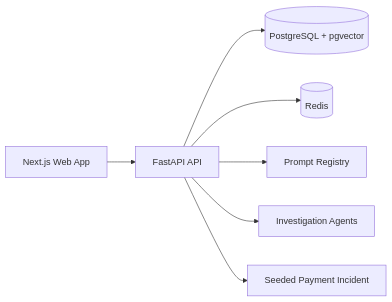
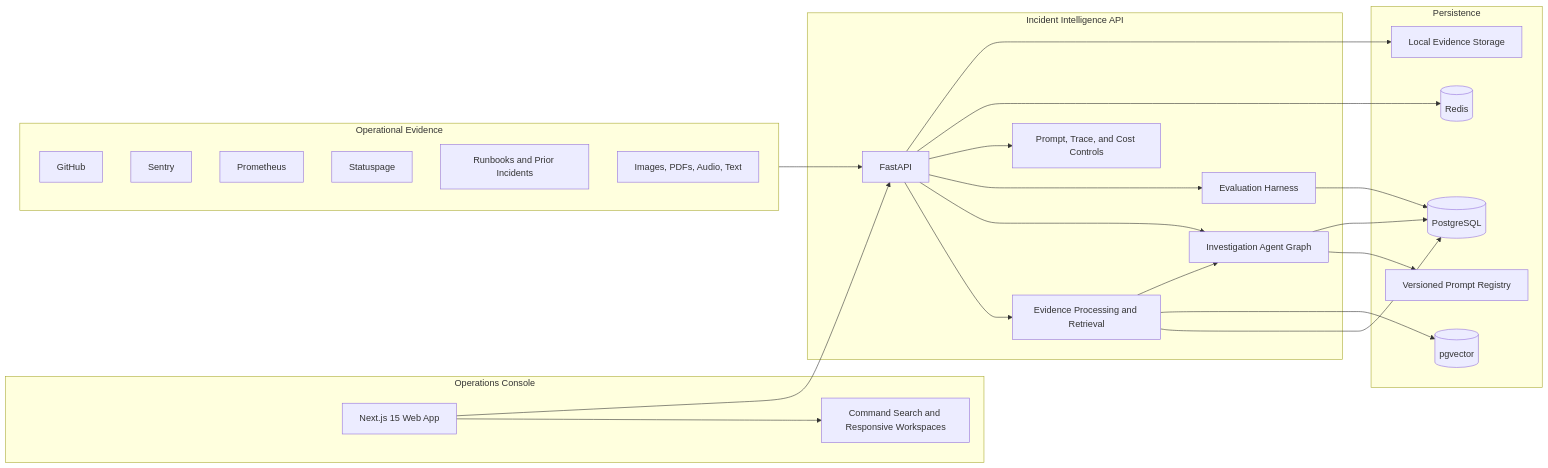
Before and after one commit to InsaneCoder789/IncidentLens: the first of 4 diagrams in README.md, drawn with Mermaid. The commit also changed other lines of this file, not shown here.

First line of the commit message:
docs: restructure README with Phase 7 architecture

````diff
--- a/README.md
+++ b/README.md
@@ -96,9 +36,48 @@
 ```mermaid
 flowchart LR
-  UI["Next.js Web App"] --> API["FastAPI API"]
-  API --> DB[("PostgreSQL + pgvector")]
-  API --> REDIS[("Redis")]
-  API --> PROMPTS["Prompt Registry"]
-  API --> AGENTS["Investigation Agents"]
-  API --> SEED["Seeded Payment Incident"]
+    subgraph Client["Operations Console"]
+        WEB["Next.js 15 Web App"]
+        UX["Command Search and Responsive Workspaces"]
+        WEB --> UX
+    end
+
+    subgraph Service["Incident Intelligence API"]
+        API["FastAPI"]
+        RAG["Evidence Processing and Retrieval"]
+        AGENTS["Investigation Agent Graph"]
+        EVALS["Evaluation Harness"]
+        LLMOPS["Prompt, Trace, and Cost Controls"]
+        API --> RAG
+        API --> AGENTS
+        API --> EVALS
+        API --> LLMOPS
+    end
+
+    subgraph Data["Persistence"]
+        DB[("PostgreSQL")]
+        VECTOR[("pgvector")]
+        REDIS[("Redis")]
+        FILES["Local Evidence Storage"]
+        PROMPTS["Versioned Prompt Registry"]
+    end
+
+    subgraph Sources["Operational Evidence"]
+        GH["GitHub"]
+        SENTRY["Sentry"]
+        PROM["Prometheus"]
+        STATUS["Statuspage"]
+        RUNBOOK["Runbooks and Prior Incidents"]
+        MEDIA["Images, PDFs, Audio, Text"]
+    end
+
+    WEB --> API
+    Sources --> API
+    RAG --> DB
+    RAG --> VECTOR
+    API --> REDIS
+    API --> FILES
+    AGENTS --> PROMPTS
+    RAG --> AGENTS
+    AGENTS --> DB
+    EVALS --> DB
 ```
````
